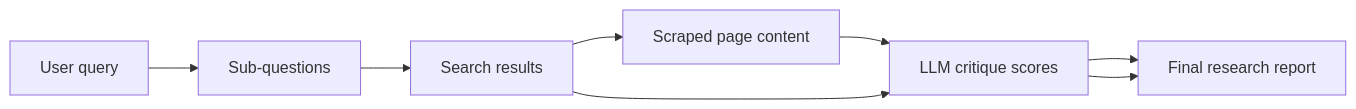
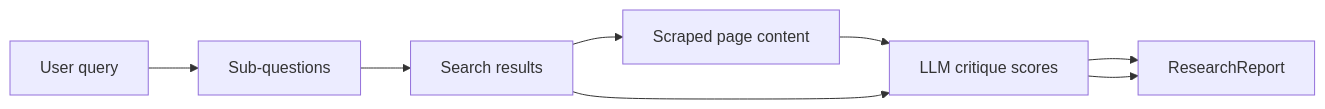
Before and after one commit to suryaraj05/aria-agent: the third of 3 diagrams in README.md, drawn with Mermaid. The commit also changed other lines of this file, not shown here.

````diff
--- a/README.md
+++ b/README.md
@@ -114,13 +128,13 @@
 ```mermaid
 graph LR
     Query[User query]
     SubQuestions[Sub-questions]
     Results[Search results]
     Content[Scraped page content]
     Critiques[LLM critique scores]
-    Report[Final research report]
+    Report[ResearchReport]
 
     Query --> SubQuestions --> Results --> Content --> Critiques --> Report
     Critiques --> Report
     Results --> Critiques
 ```
````
